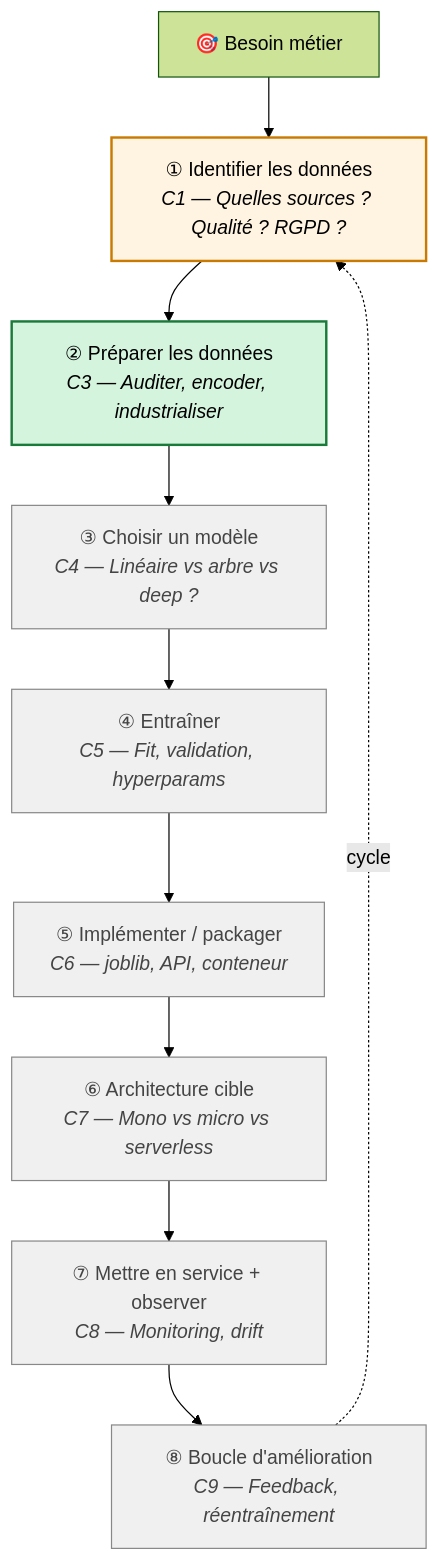
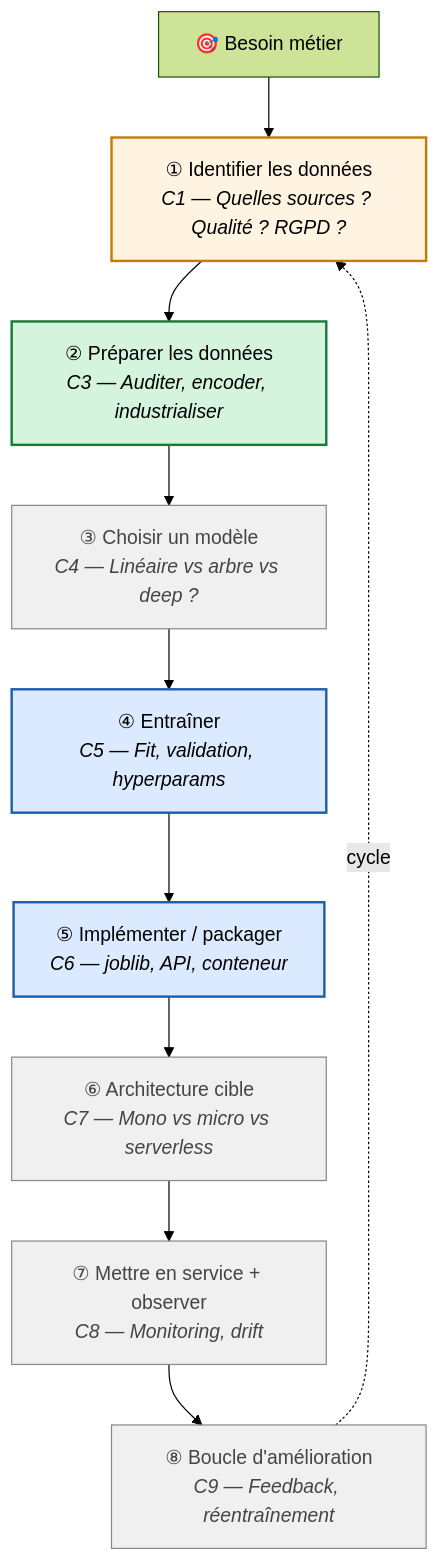
Before and after one commit to Formation-SIMPLON-IA/ia-atos-ressources: the first of 3 diagrams in recap_M2_vers_M3.md, drawn with Mermaid (forest theme). The commit also changed other lines of this file and 1 other file, not shown here.

Commit message:
docs: clarifie la légende du récap M2 vers M3 et la fiche-pattern préparation

````diff
--- a/recap_M2_vers_M3.md
+++ b/recap_M2_vers_M3.md
@@ -18,20 +18,22 @@
 ```mermaid
 flowchart TD
     BESOIN["🎯 Besoin métier"]
     BESOIN --> C1["① Identifier les données<br/><i>C1 — Quelles sources ? Qualité ? RGPD ?</i>"]
     C1 --> C3["② Préparer les données<br/><i>C3 — Auditer, encoder, industrialiser</i>"]
     C3 --> C4["③ Choisir un modèle<br/><i>C4 — Linéaire vs arbre vs deep ?</i>"]
     C4 --> C5["④ Entraîner<br/><i>C5 — Fit, validation, hyperparams</i>"]
     C5 --> C6["⑤ Implémenter / packager<br/><i>C6 — joblib, API, conteneur</i>"]
     C6 --> C7["⑥ Architecture cible<br/><i>C7 — Mono vs micro vs serverless</i>"]
     C7 --> C8["⑦ Mettre en service + observer<br/><i>C8 — Monitoring, drift</i>"]
     C8 --> C9["⑧ Boucle d'amélioration<br/><i>C9 — Feedback, réentraînement</i>"]
     C9 -.->|cycle| C1
 
     classDef done fill:#d4f4dd,stroke:#1a7a3a,stroke-width:2px,color:#000
     classDef next fill:#fff4e1,stroke:#c97a00,stroke-width:2px,color:#000
+    classDef acquis fill:#dbeafe,stroke:#1e5fa8,stroke-width:2px,color:#000
     classDef later fill:#f0f0f0,stroke:#888,color:#444
     class C3 done
     class C1 next
-    class C4,C5,C6,C7,C8,C9 later
+    class C5,C6 acquis
+    class C4,C7,C8,C9 later
 ```
````
